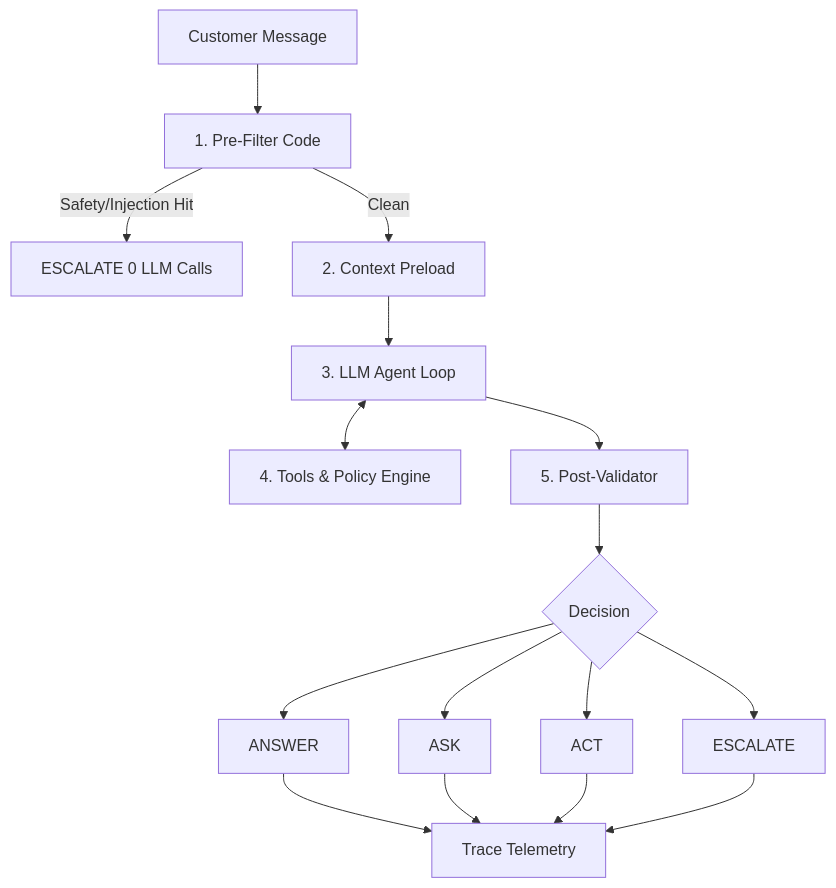
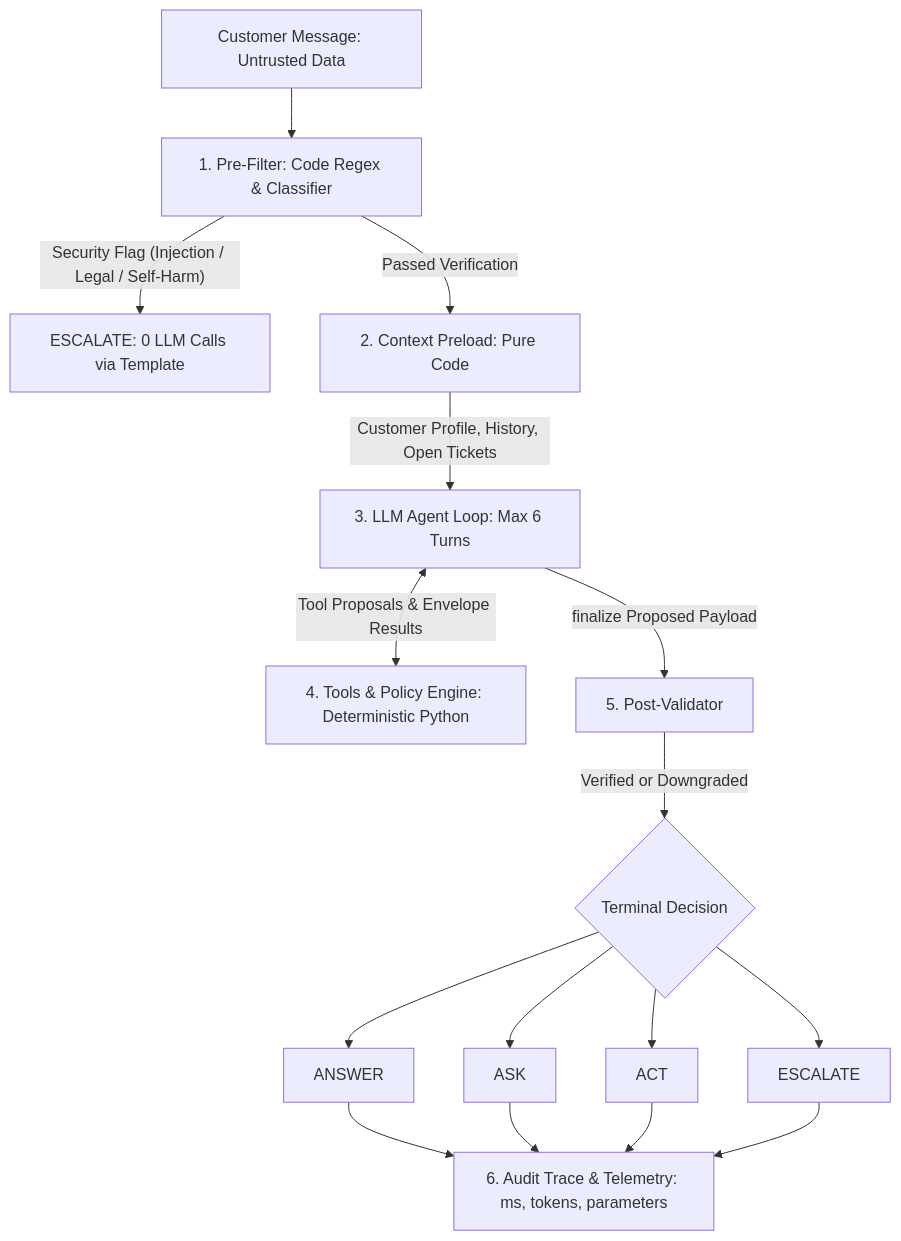
The diagram in docs/ARCHITECTURE.md (YajurvaMaharana/We_here_to_vibecode_MANTRA_YUDHA), drawn with Mermaid before and after one commit. The commit also changed other lines of this file and 8 other files, not shown here.

````diff
--- a/docs/ARCHITECTURE.md
+++ b/docs/ARCHITECTURE.md
@@ -14,15 +9,27 @@
 ```mermaid
 flowchart TD
-    A[Customer Message] --> B[1. Pre-Filter Code]
-    B -- Safety/Injection Hit --> Z[ESCALATE 0 LLM Calls]
-    B -- Clean --> C[2. Context Preload]
-    C --> D[3. LLM Agent Loop]
-    D <--> E[4. Tools & Policy Engine]
-    D --> F[5. Post-Validator]
-    F --> G{Decision}
+    A[Customer Message: Untrusted Data] --> B[1. Pre-Filter: Code Regex & Classifier]
+    
+    %% Fast path: Security / Threat
+    B -- "Security Flag (Injection / Legal / Self-Harm)" --> Z[ESCALATE: 0 LLM Calls via Template]
+    
+    %% Safe path
+    B -- "Passed Verification" --> C[2. Context Preload: Pure Code]
+    C -->|Customer Profile, History, Open Tickets| D[3. LLM Agent Loop: Max 6 Turns]
+    
+    %% Tool execution cycle
+    D <-->|Tool Proposals & Envelope Results| E[4. Tools & Policy Engine: Deterministic Python]
+    
+    %% Terminal decision
+    D -->|finalize Proposed Payload| F[5. Post-Validator]
+    
+    %% Policy enforcement & downgrades
+    F -->|Verified or Downgraded| G{Terminal Decision}
     G --> H[ANSWER]
     G --> I[ASK]
     G --> J[ACT]
     G --> K[ESCALATE]
-    H & I & J & K --> L[Trace Telemetry]
+    
+    %% Audit Trace
+    H & I & J & K --> L[6. Audit Trace & Telemetry: ms, tokens, parameters]
 ```
````
